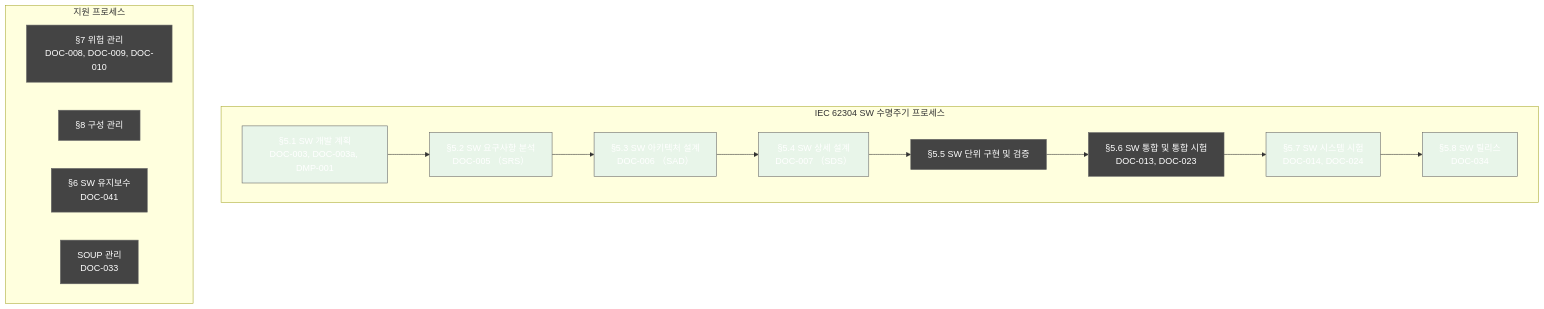
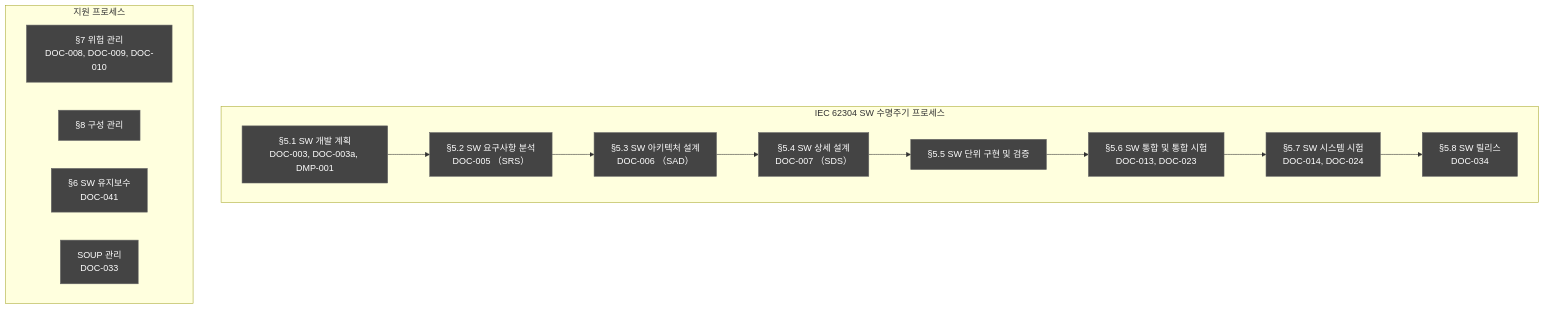
One commit to holee9/console-gui changed the third of 3 diagrams in docs/verification/CVR-002_Final_Cross_Verification_v1.0.md. Above: the diagram before and after it, drawn with Mermaid. The commit also changed other lines of this file and 35 other files, not shown here.

First line of the commit message:
fix: 전체 Mermaid 차트 색상 진한 회색 통일

````diff
--- a/docs/verification/CVR-002_Final_Cross_Verification_v1.0.md
+++ b/docs/verification/CVR-002_Final_Cross_Verification_v1.0.md
@@ -244,27 +244,27 @@
 ```mermaid
 graph TD
     classDef default fill:#444,stroke:#666,color:#fff
     subgraph "IEC 62304 SW 수명주기 프로세스"
         A["§5.1 SW 개발 계획<br/>DOC-003, DOC-003a, DMP-001"] --> B["§5.2 SW 요구사항 분석<br/>DOC-005 （SRS）"]
         B --> C["§5.3 SW 아키텍처 설계<br/>DOC-006 （SAD）"]
         C --> D["§5.4 SW 상세 설계<br/>DOC-007 （SDS）"]
         D --> E["§5.5 SW 단위 구현 및 검증"]
         E --> F["§5.6 SW 통합 및 통합 시험<br/>DOC-013, DOC-023"]
         F --> G["§5.7 SW 시스템 시험<br/>DOC-014, DOC-024"]
         G --> H["§5.8 SW 릴리스<br/>DOC-034"]
     end
     
     subgraph "지원 프로세스"
         I["§7 위험 관리<br/>DOC-008, DOC-009, DOC-010"]
         J["§8 구성 관리"]
         K["§6 SW 유지보수<br/>DOC-041"]
         L["SOUP 관리<br/>DOC-033"]
     end
     
-    style A fill:#e8f5e9
-    style B fill:#e8f5e9
-    style C fill:#e8f5e9
-    style D fill:#e8f5e9
-    style G fill:#e8f5e9
-    style H fill:#e8f5e9
+    style A fill:#444
+    style B fill:#444
+    style C fill:#444
+    style D fill:#444
+    style G fill:#444
+    style H fill:#444
 ```
````
